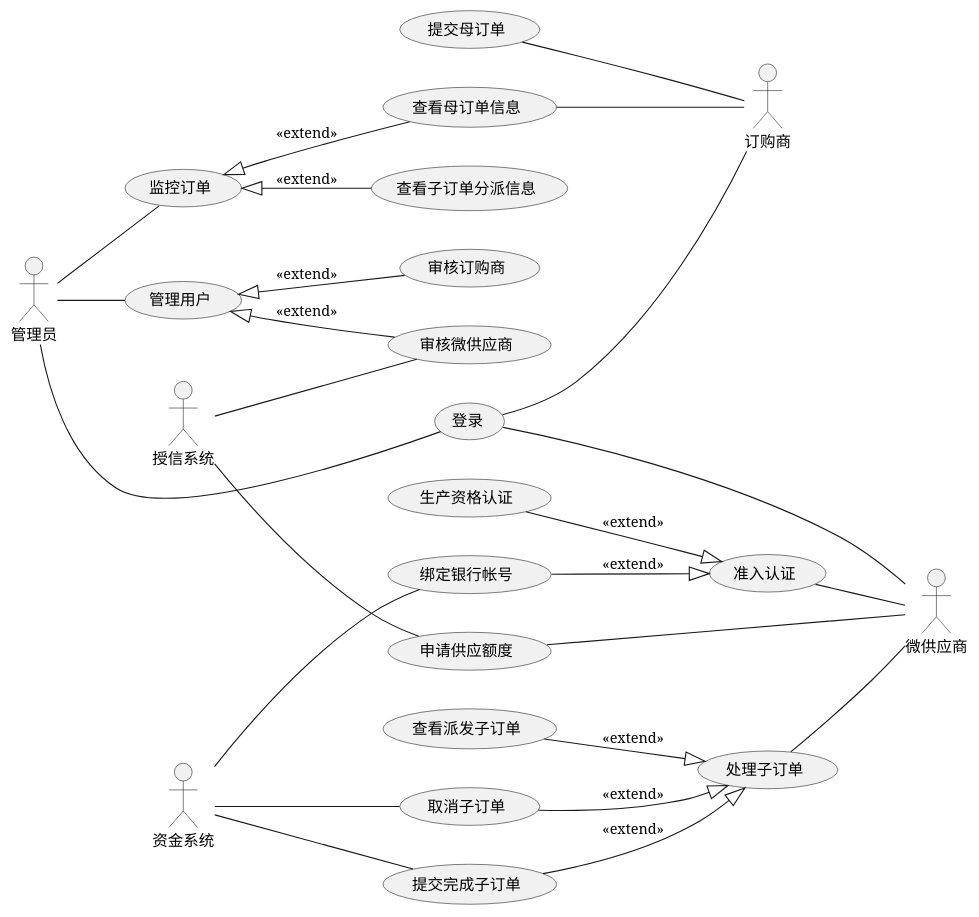
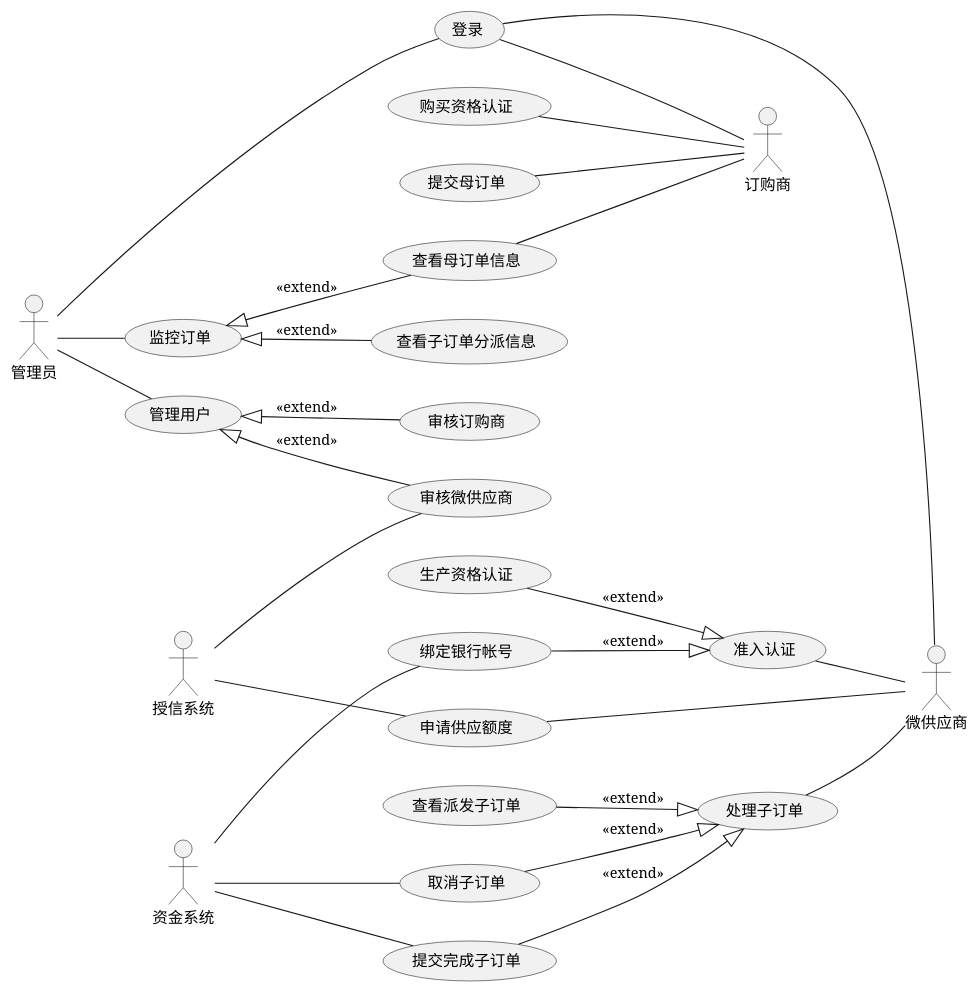
The diagram in report/misc/figure_src/uc_main.puml (wwyf/Waterfall), drawn with PlantUML before and after one commit. The commit also changed 1 other file, not shown here.

```diff
--- a/report/misc/figure_src/uc_main.puml
+++ b/report/misc/figure_src/uc_main.puml
@@ -1,55 +1,56 @@
 @startuml
 
 ''' 布局信息
 left to right direction
 
 ''' 以下部分描述了各个角色
 :微供应商: as MiniProvider
 :订购商: as Client
 :管理员: as Admin
 :授信系统: as CreditSys
 :资金系统: as FundSys
 
 ''' 以下部分描述了各个用例
 ''' 注意由于使用了从左到右布局, 故连线方向up down等需旋转90度
 
 MiniProvider -up- (登录)
 MiniProvider -up- (准入认证)
 MiniProvider -up- (申请供应额度)
 MiniProvider -up- (处理子订单)
 
 (生产资格认证) --|> (准入认证) : <<extend>>
 (绑定银行帐号) --|> (准入认证) : <<extend>>
 (查看派发子订单) --|> (处理子订单) : <<extend>>
 (提交完成子订单) --|> (处理子订单) : <<extend>>
 (取消子订单) --|> (处理子订单) : <<extend>>
 
 Client -up- (登录)
+Client -up- (购买资格认证)
 Client -up- (提交母订单)
 Client -up- (查看母订单信息)
 
 together {
     Admin -- (登录)
     Admin -- (监控订单)
     Admin -- (管理用户)
     (管理用户) <|-- (审核微供应商) : <<extend>>
     (管理用户) <|-- (审核订购商) : <<extend>>
     (监控订单) <|-- (查看母订单信息) : <<extend>>
     (监控订单) <|-- (查看子订单分派信息) : <<extend>>
 
     CreditSys -- (申请供应额度)
     CreditSys -- (审核微供应商)
     FundSys -- (取消子订单)
     FundSys -- (提交完成子订单)
     FundSys -- (绑定银行帐号)
 }
 
 ''' 用于控制布局的连线, 不显示
 
 (提交母订单) -[hidden]right- (查看母订单信息)
 (生产资格认证) -[hidden]right- (绑定银行帐号)
 (绑定银行帐号) -[hidden]right- (申请供应额度)
 (申请供应额度) -[hidden]right- (查看派发子订单)
 (查看派发子订单) -[hidden]right- (提交完成子订单)
 (查看派发子订单) -[hidden]right- (取消子订单)
 @enduml
```
